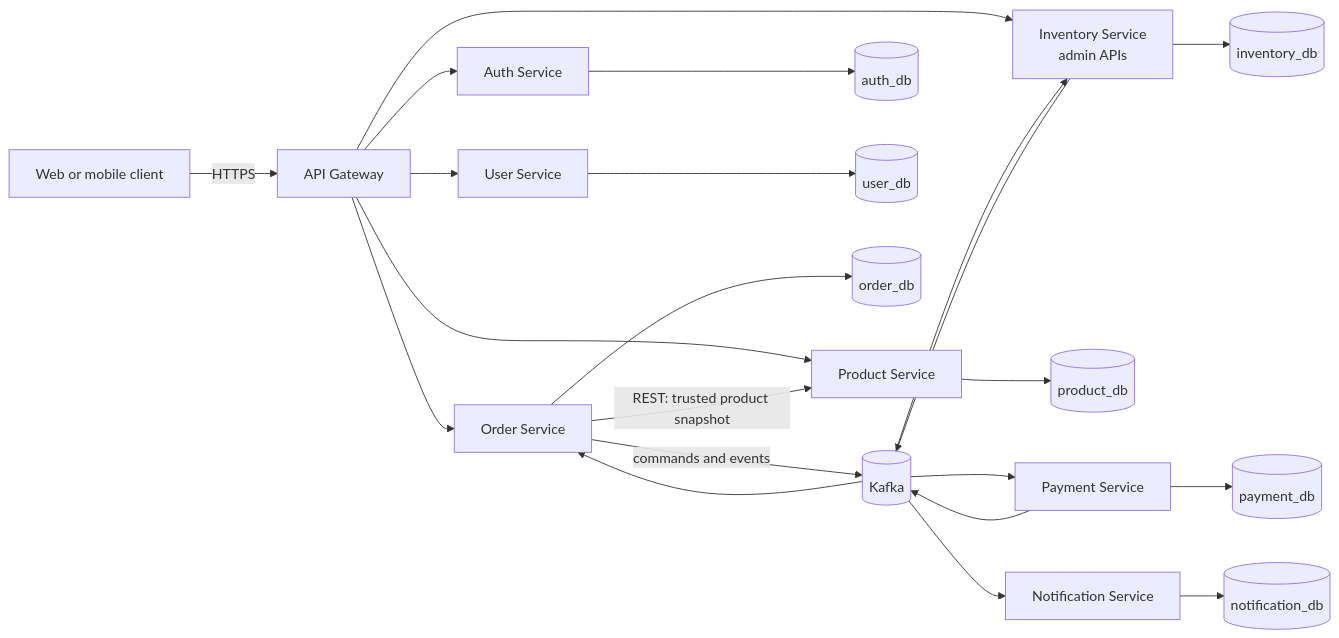
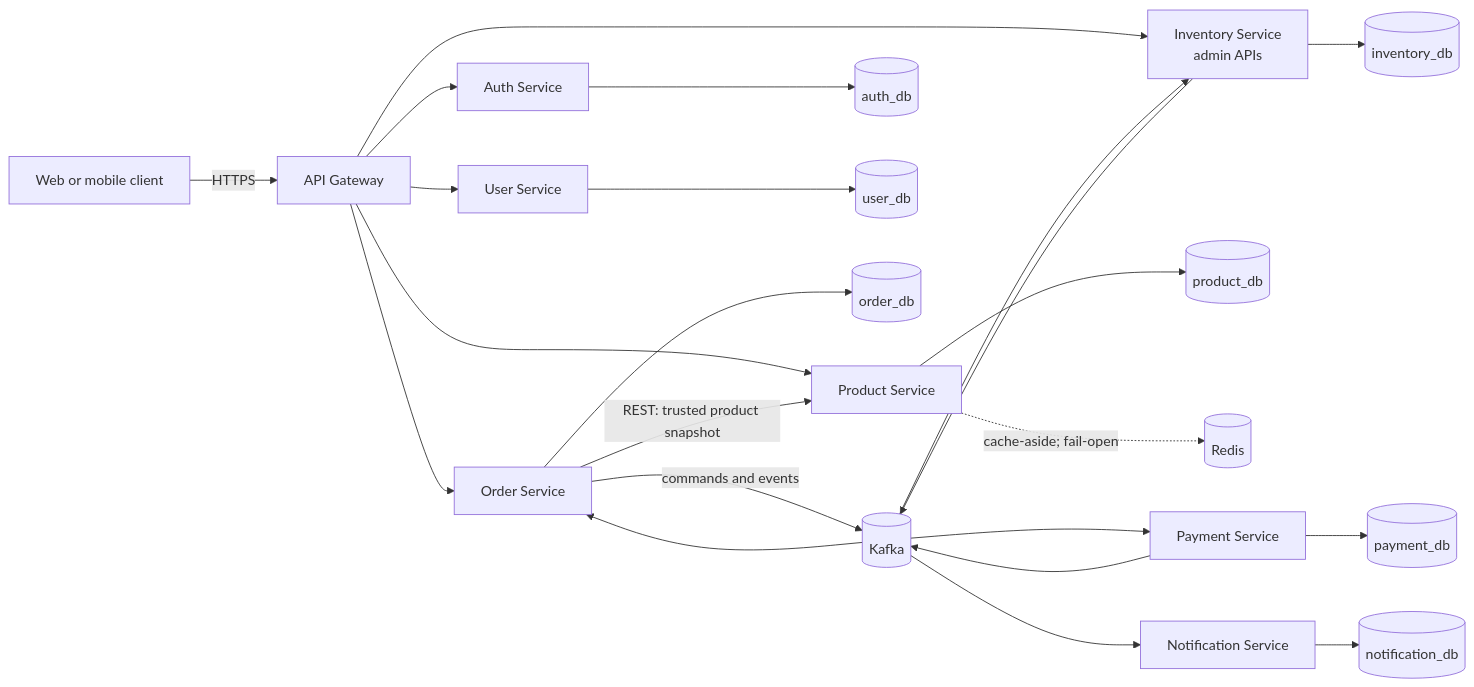
One commit to tranverse/ecommerce-microservices changed the first of 2 diagrams in docs/architecture/system-overview.md. Above: the diagram before and after it, drawn with Mermaid. The commit also changed other lines of this file and 19 other files, not shown here.

Commit message:
feat(product): add failure-tolerant Redis caching

````diff
--- a/docs/architecture/system-overview.md
+++ b/docs/architecture/system-overview.md
@@ -15,28 +15,29 @@
 ```mermaid
 flowchart LR
     Client[Web or mobile client] -->|HTTPS| Gateway[API Gateway]
 
     Gateway --> Auth[Auth Service]
     Gateway --> User[User Service]
     Gateway --> Product[Product Service]
     Gateway --> Order[Order Service]
     Gateway --> Inventory[Inventory Service<br/>admin APIs]
 
     Order -->|REST: trusted product snapshot| Product
 
     Auth --> AuthDB[(auth_db)]
     User --> UserDB[(user_db)]
     Product --> ProductDB[(product_db)]
+    Product -.->|cache-aside; fail-open| Redis[(Redis)]
     Inventory --> InventoryDB[(inventory_db)]
     Order --> OrderDB[(order_db)]
     Payment --> PaymentDB[(payment_db)]
     Notification --> NotificationDB[(notification_db)]
 
     Order -->|commands and events| Kafka[(Kafka)]
     Kafka --> Inventory
     Inventory --> Kafka
     Kafka --> Payment[Payment Service]
     Payment --> Kafka
     Kafka --> Order
     Kafka --> Notification[Notification Service]
 ```
````
